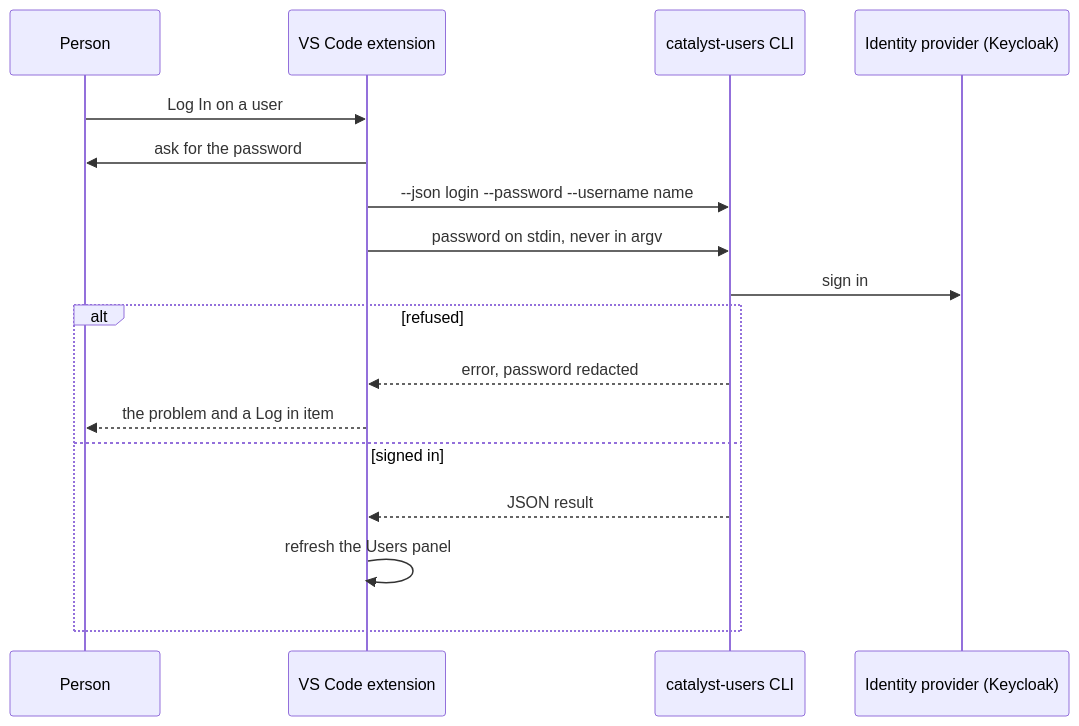
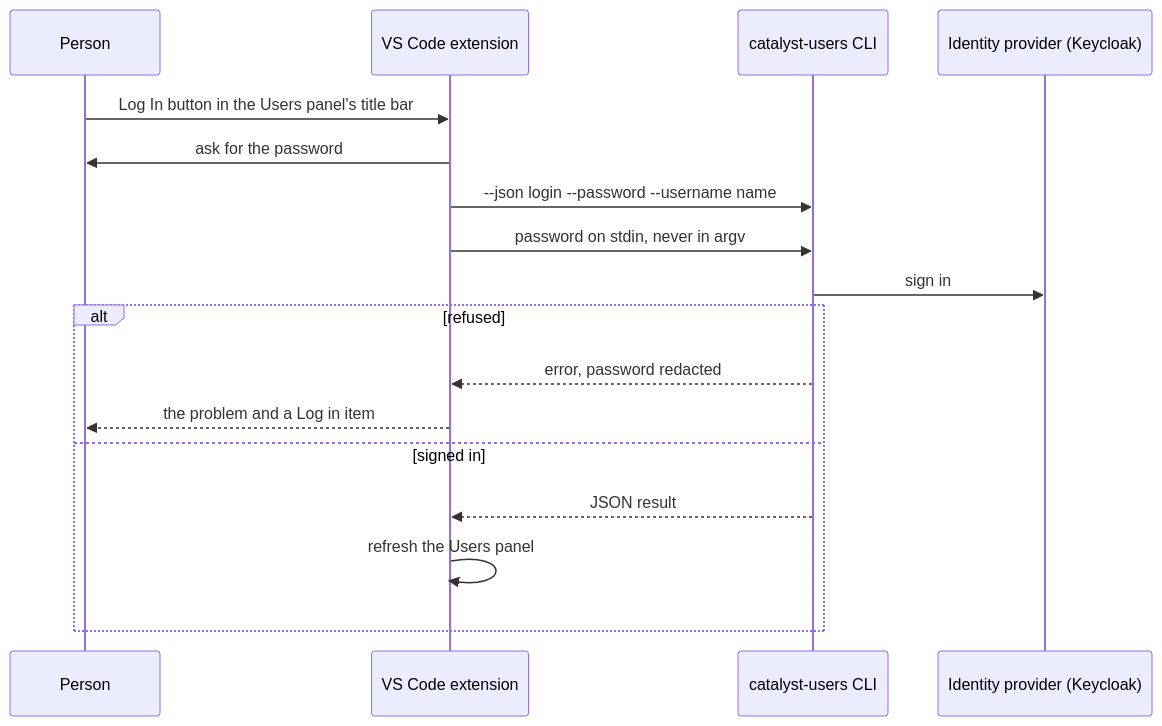
One commit to cantica-tech/catalyst-docs changed diagram 12 of 16 in docs/guide/manual/70-catalyst-ui.md. Above: the diagram before and after it, drawn with Mermaid. The commit also changed other lines of this file and 9 other files, not shown here.

````diff
--- a/docs/guide/manual/70-catalyst-ui.md
+++ b/docs/guide/manual/70-catalyst-ui.md
@@ -643,19 +653,19 @@
 ```mermaid
 sequenceDiagram
   participant P as Person
   participant X as VS Code extension
   participant U as catalyst-users CLI
   participant K as Identity provider (Keycloak)
-  P->>X: Log In on a user
+  P->>X: Log In button in the Users panel's title bar
   X->>P: ask for the password
   X->>U: --json login --password --username name
   X->>U: password on stdin, never in argv
   U->>K: sign in
   alt refused
     U-->>X: error, password redacted
     X-->>P: the problem and a Log in item
   else signed in
     U-->>X: JSON result
     X->>X: refresh the Users panel
   end
 ```
````
